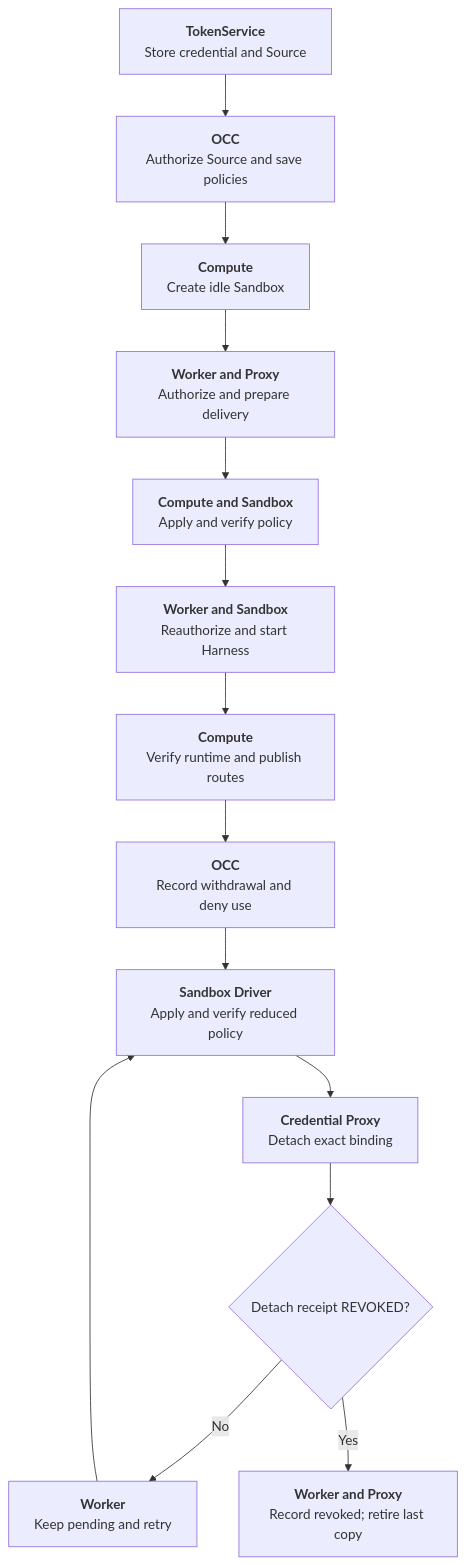
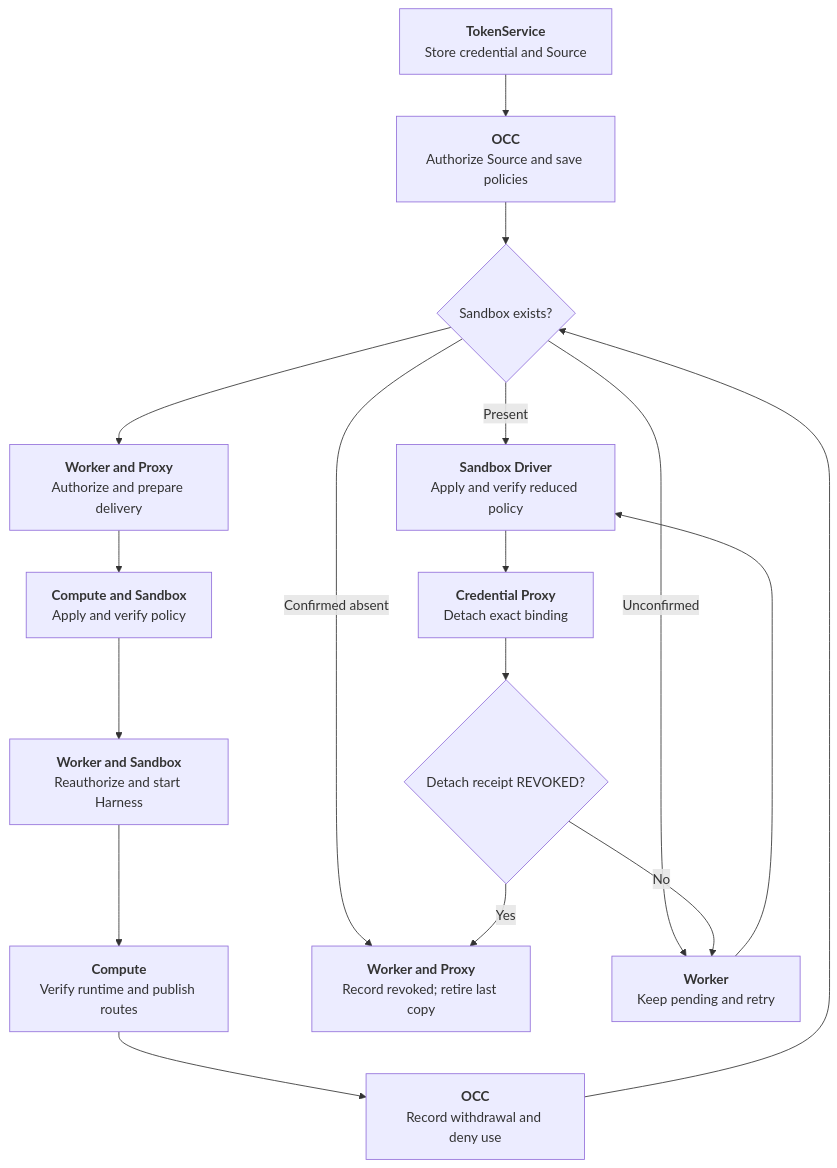
One commit to openclaw/openclaw-enterprise changed the diagram in docs/flows/credential-source-lifecycle.md. Above: the diagram before and after it, drawn with Mermaid. The commit also changed other lines of this file and 2 other files, not shown here.

Commit message:
Document confirmed Sandbox absence during withdrawal

````diff
--- a/docs/flows/credential-source-lifecycle.md
+++ b/docs/flows/credential-source-lifecycle.md
@@ -23,16 +23,19 @@
 ```mermaid
 graph TD
   Register["<b>TokenService</b><br/>Store credential and Source"] --> Admit["<b>OCC</b><br/>Authorize Source and save policies"]
   Admit --> Target["<b>Compute</b><br/>Create idle Sandbox"]
   Target --> Delivery["<b>Worker and Proxy</b><br/>Authorize and prepare delivery"]
   Delivery --> Ready["<b>Compute and Sandbox</b><br/>Apply and verify policy"]
   Ready --> Activate["<b>Worker and Sandbox</b><br/>Reauthorize and start Harness"]
   Activate --> Traffic["<b>Compute</b><br/>Verify runtime and publish routes"]
   Traffic --> Deny["<b>OCC</b><br/>Record withdrawal and deny use"]
-  Deny --> Policy["<b>Sandbox Driver</b><br/>Apply and verify reduced policy"]
+  Deny --> Target{"Sandbox exists?"}
+  Target -->|Present| Policy["<b>Sandbox Driver</b><br/>Apply and verify reduced policy"]
+  Target -->|Confirmed absent| Complete
+  Target -->|Unconfirmed| Pending
   Policy --> Detach["<b>Credential Proxy</b><br/>Detach exact binding"]
   Detach --> Receipt{"Detach receipt REVOKED?"}
   Receipt -->|No| Pending["<b>Worker</b><br/>Keep pending and retry"]
   Pending --> Policy
   Receipt -->|Yes| Complete["<b>Worker and Proxy</b><br/>Record revoked; retire last copy"]
 ```
````
